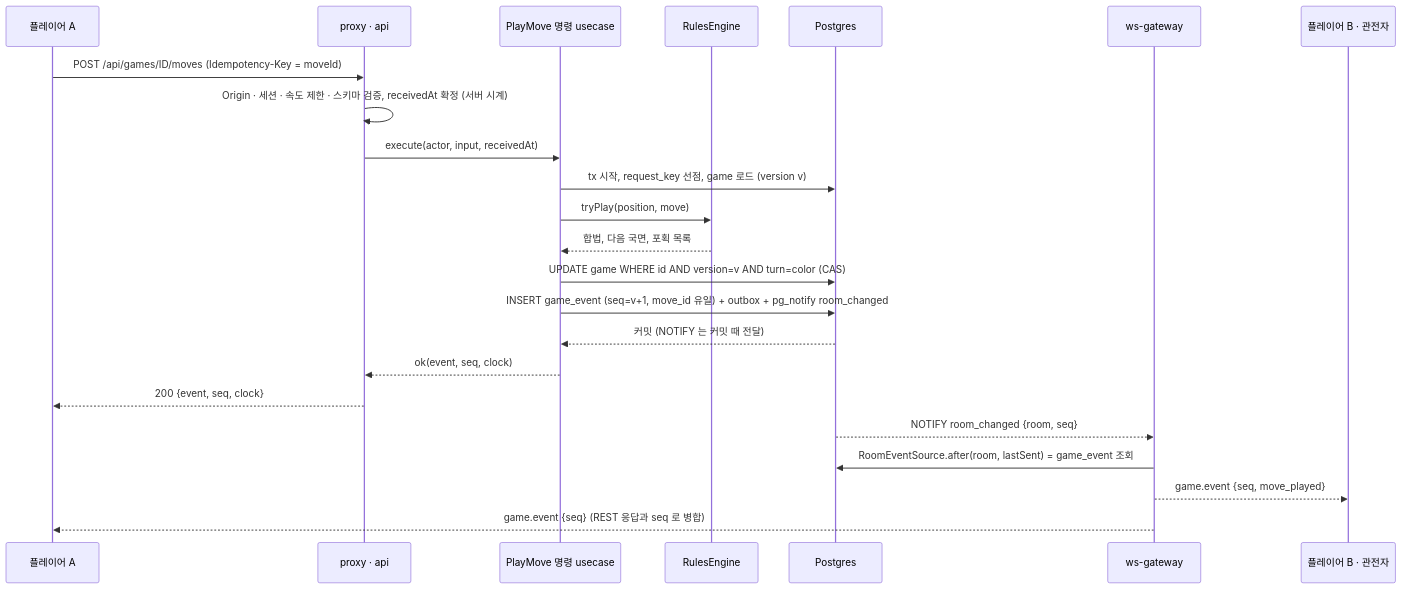
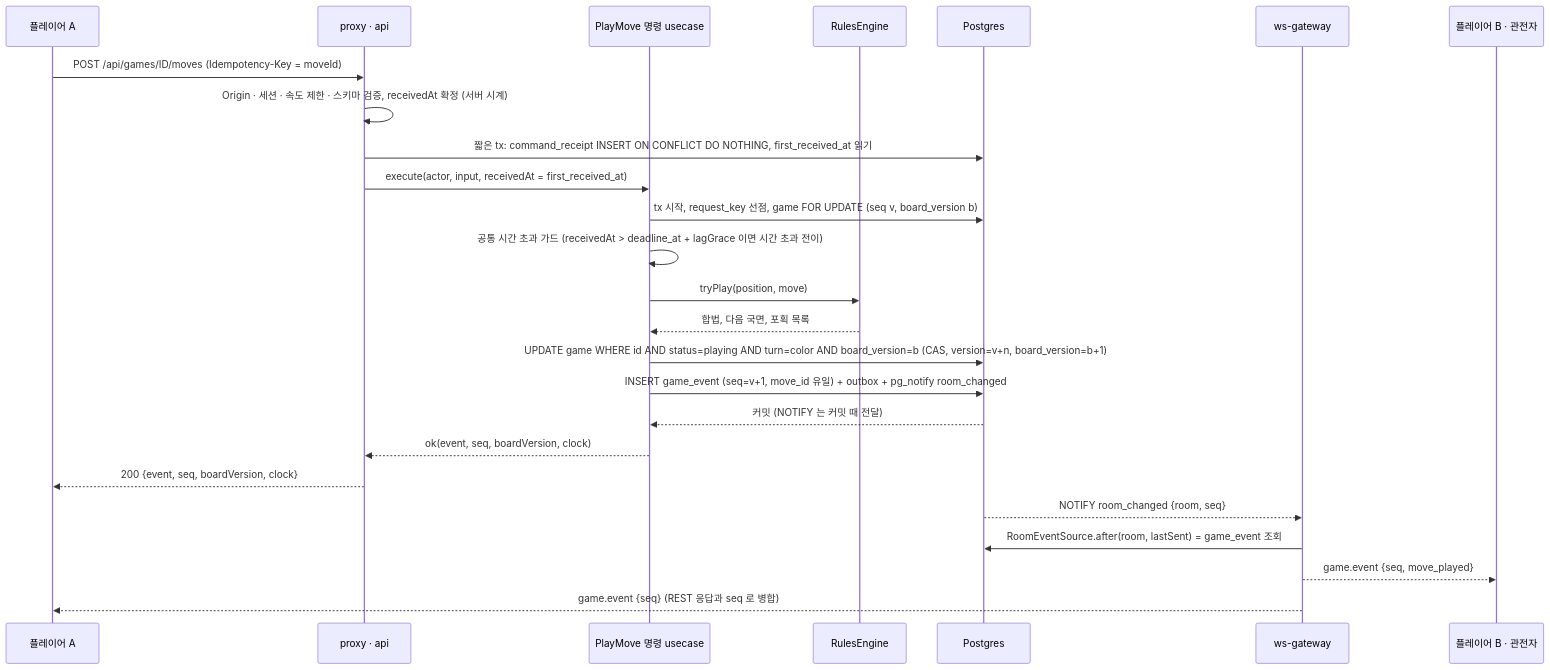
The eighth of 21 diagrams in docs/design/phases/01-baduk.md (1985jwlee/portpolio_backend), drawn with Mermaid before and after one commit. The commit also changed other lines of this file and 33 other files, not shown here.

````diff
--- a/docs/design/phases/01-baduk.md
+++ b/docs/design/phases/01-baduk.md
@@ -567,25 +594,27 @@
 ```mermaid
 sequenceDiagram
     participant A as 플레이어 A
     participant X as proxy · api
     participant U as PlayMove 명령 usecase
     participant R as RulesEngine
     participant D as Postgres
     participant G as ws-gateway
     participant B as 플레이어 B · 관전자
     A->>X: POST /api/games/ID/moves (Idempotency-Key = moveId)
     X->>X: Origin · 세션 · 속도 제한 · 스키마 검증, receivedAt 확정 (서버 시계)
-    X->>U: execute(actor, input, receivedAt)
-    U->>D: tx 시작, request_key 선점, game 로드 (version v)
+    X->>D: 짧은 tx: command_receipt INSERT ON CONFLICT DO NOTHING, first_received_at 읽기
+    X->>U: execute(actor, input, receivedAt = first_received_at)
+    U->>D: tx 시작, request_key 선점, game FOR UPDATE (seq v, board_version b)
+    U->>U: 공통 시간 초과 가드 (receivedAt > deadline_at + lagGrace 이면 시간 초과 전이)
     U->>R: tryPlay(position, move)
     R-->>U: 합법, 다음 국면, 포획 목록
-    U->>D: UPDATE game WHERE id AND version=v AND turn=color (CAS)
+    U->>D: UPDATE game WHERE id AND status=playing AND turn=color AND board_version=b (CAS, version=v+n, board_version=b+1)
     U->>D: INSERT game_event (seq=v+1, move_id 유일) + outbox + pg_notify room_changed
     D-->>U: 커밋 (NOTIFY 는 커밋 때 전달)
-    U-->>X: ok(event, seq, clock)
-    X-->>A: 200 {event, seq, clock}
+    U-->>X: ok(event, seq, boardVersion, clock)
+    X-->>A: 200 {event, seq, boardVersion, clock}
     D-->>G: NOTIFY room_changed {room, seq}
     G->>D: RoomEventSource.after(room, lastSent) = game_event 조회
     G-->>B: game.event {seq, move_played}
     G-->>A: game.event {seq} (REST 응답과 seq 로 병합)
 ```
````
